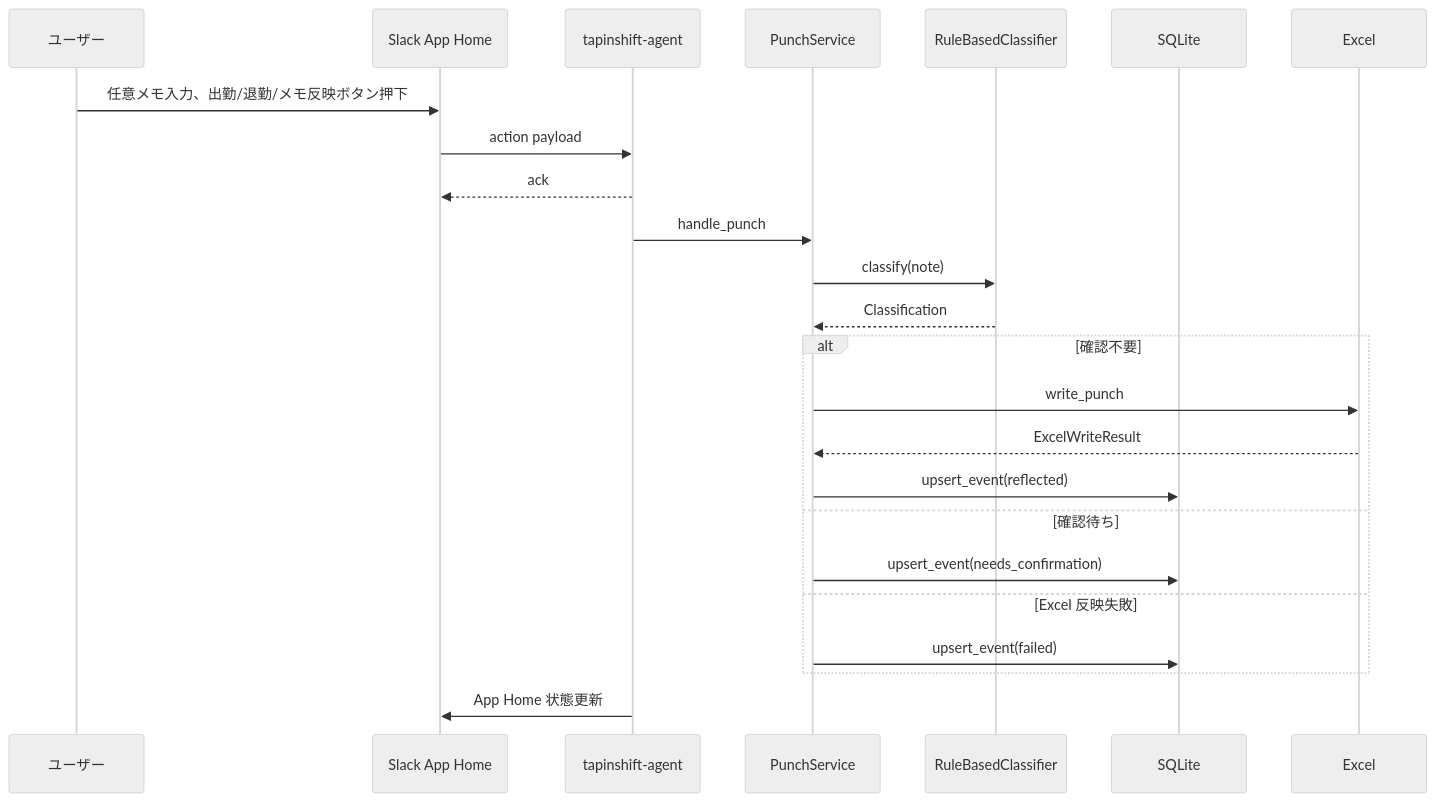
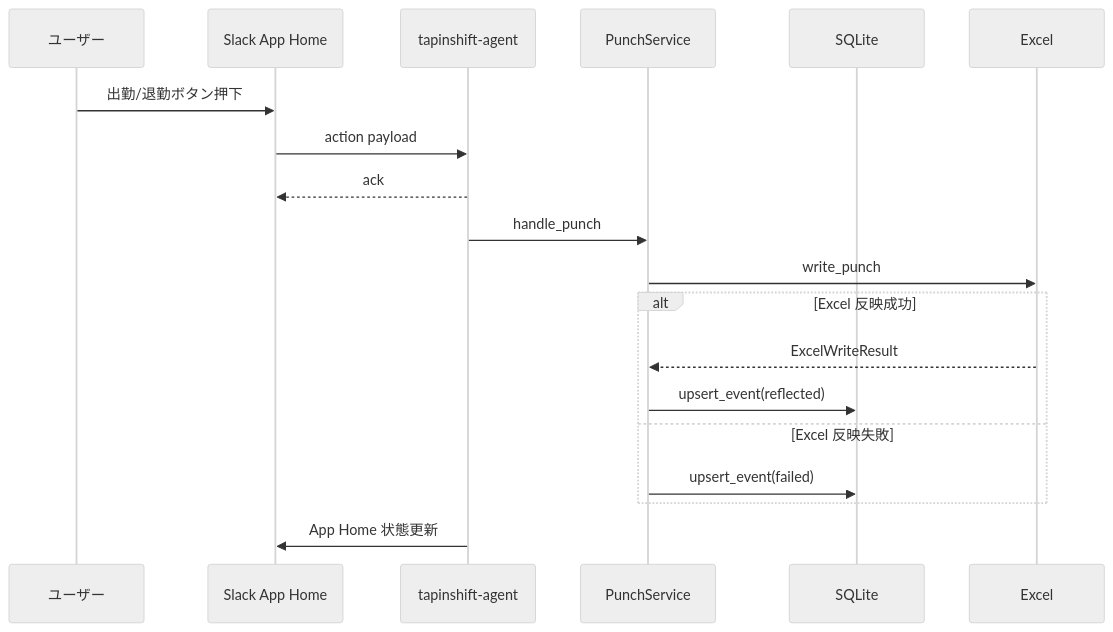
The third of 6 diagrams in docs/functional-design.md (Shintaro-Abe/TapInShift), drawn with Mermaid (neutral theme) before and after one commit. The commit also changed other lines of this file and 10 other files, not shown here.

````diff
--- a/docs/functional-design.md
+++ b/docs/functional-design.md
@@ -53,27 +53,22 @@
 ```mermaid
 sequenceDiagram
     participant User as ユーザー
     participant Slack as Slack App Home
     participant Agent as tapinshift-agent
     participant Service as PunchService
-    participant Classifier as RuleBasedClassifier
     participant Store as SQLite
     participant Excel as Excel
 
-    User->>Slack: 任意メモ入力、出勤/退勤/メモ反映ボタン押下
+    User->>Slack: 出勤/退勤ボタン押下
     Slack->>Agent: action payload
     Agent-->>Slack: ack
     Agent->>Service: handle_punch
-    Service->>Classifier: classify(note)
-    Classifier-->>Service: Classification
-    alt 確認不要
-        Service->>Excel: write_punch
+    Service->>Excel: write_punch
+    alt Excel 反映成功
         Excel-->>Service: ExcelWriteResult
         Service->>Store: upsert_event(reflected)
-    else 確認待ち
-        Service->>Store: upsert_event(needs_confirmation)
     else Excel 反映失敗
         Service->>Store: upsert_event(failed)
     end
     Agent->>Slack: App Home 状態更新
 ```
````
